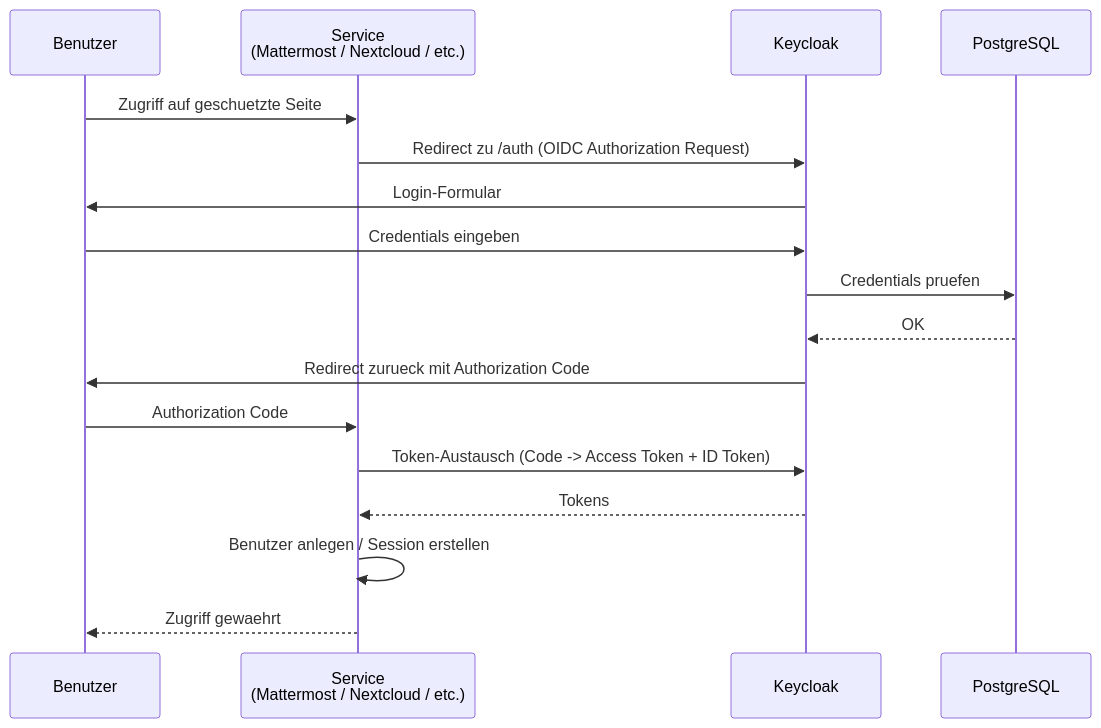
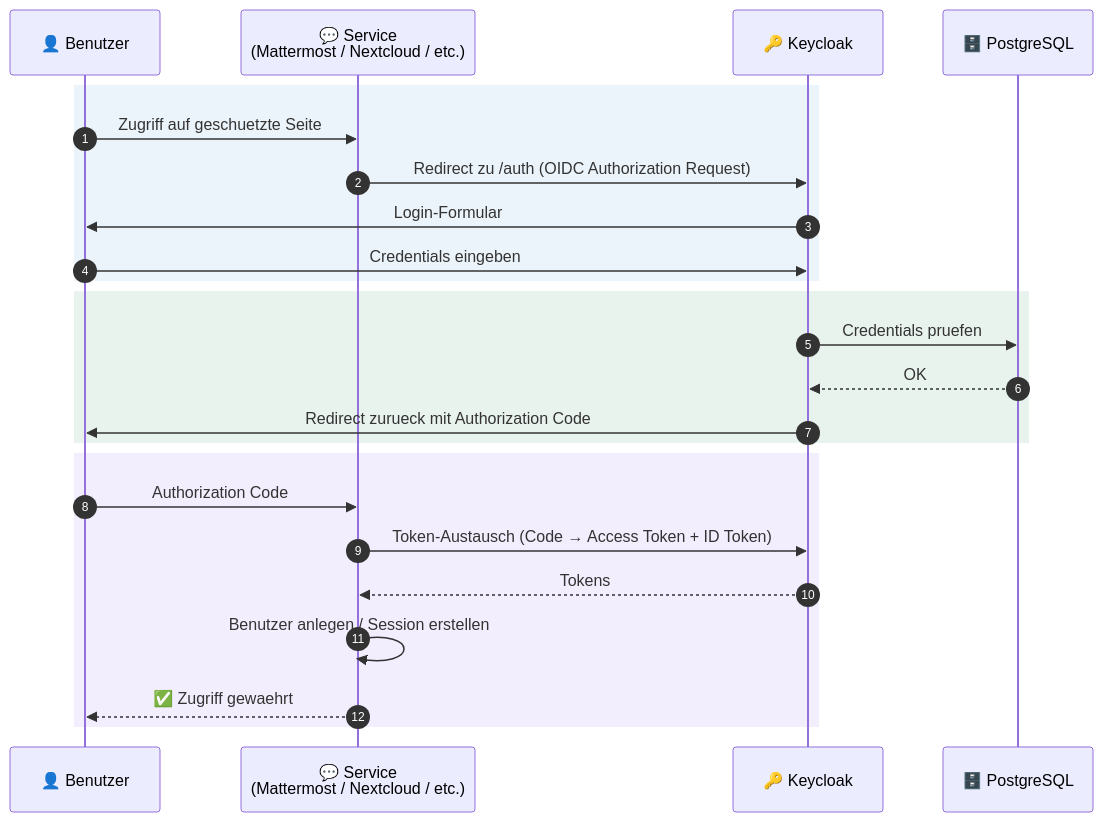
The second of 3 diagrams in README.md (Paddione/Bachelorprojekt), drawn with Mermaid before and after one commit. The commit also changed other lines of this file and 19 other files, not shown here.

````diff
--- a/README.md
+++ b/README.md
@@ -126,20 +142,30 @@
 ```mermaid
 sequenceDiagram
-    participant U as Benutzer
-    participant S as Service<br/>(Mattermost / Nextcloud / etc.)
-    participant KC as Keycloak
-    participant DB as PostgreSQL
+    autonumber
 
-    U->>S: Zugriff auf geschuetzte Seite
-    S->>KC: Redirect zu /auth (OIDC Authorization Request)
-    KC->>U: Login-Formular
-    U->>KC: Credentials eingeben
-    KC->>DB: Credentials pruefen
-    DB-->>KC: OK
-    KC->>U: Redirect zurueck mit Authorization Code
-    U->>S: Authorization Code
-    S->>KC: Token-Austausch (Code -> Access Token + ID Token)
-    KC-->>S: Tokens
-    S->>S: Benutzer anlegen / Session erstellen
-    S-->>U: Zugriff gewaehrt
+    participant U as 👤 Benutzer
+    participant S as 💬 Service<br/>(Mattermost / Nextcloud / etc.)
+    participant KC as 🔑 Keycloak
+    participant DB as 🗄️ PostgreSQL
+
+    rect rgba(74, 144, 217, 0.1)
+        U->>S: Zugriff auf geschuetzte Seite
+        S->>KC: Redirect zu /auth (OIDC Authorization Request)
+        KC->>U: Login-Formular
+        U->>KC: Credentials eingeben
+    end
+
+    rect rgba(45, 134, 89, 0.1)
+        KC->>DB: Credentials pruefen
+        DB-->>KC: OK
+        KC->>U: Redirect zurueck mit Authorization Code
+    end
+
+    rect rgba(139, 92, 246, 0.1)
+        U->>S: Authorization Code
+        S->>KC: Token-Austausch (Code → Access Token + ID Token)
+        KC-->>S: Tokens
+        S->>S: Benutzer anlegen / Session erstellen
+        S-->>U: ✅ Zugriff gewaehrt
+    end
 ```
````
